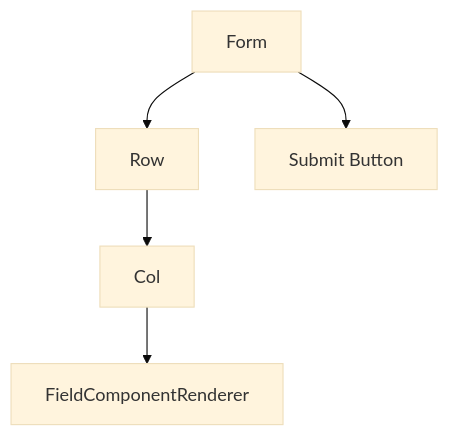
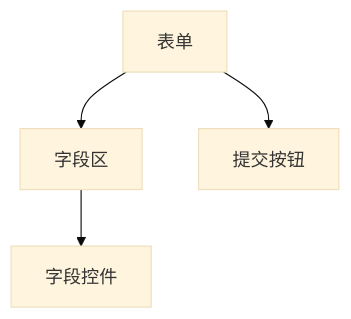
Before and after one commit to whynotsnow/dynamic-form: the first of 2 diagrams in apps/docs-site/docs/rendering-and-ui.md, drawn with Mermaid (base theme). The commit also changed other lines of this file and 13 other files, not shown here.

````diff
--- a/apps/docs-site/docs/rendering-and-ui.md
+++ b/apps/docs-site/docs/rendering-and-ui.md
@@ -9,7 +16,6 @@
 ```mermaid
 flowchart TD
-  form["Form"] --> row["Row"]
-  row --> col["Col"]
-  col --> renderer["FieldComponentRenderer"]
-  form --> submit["Submit Button"]
+  form["表单"] --> fields["字段区"]
+  fields --> controls["字段控件"]
+  form --> submit["提交按钮"]
 ```
````
